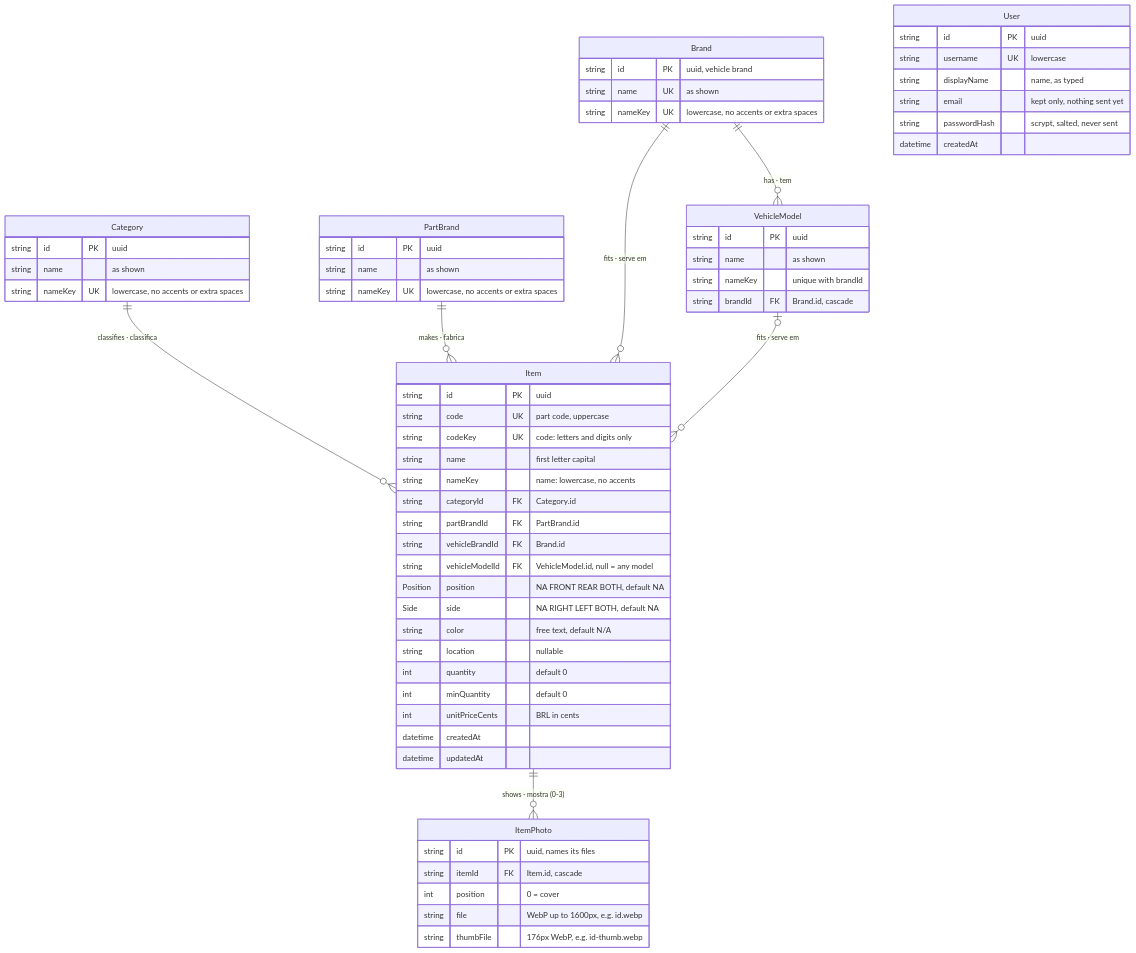
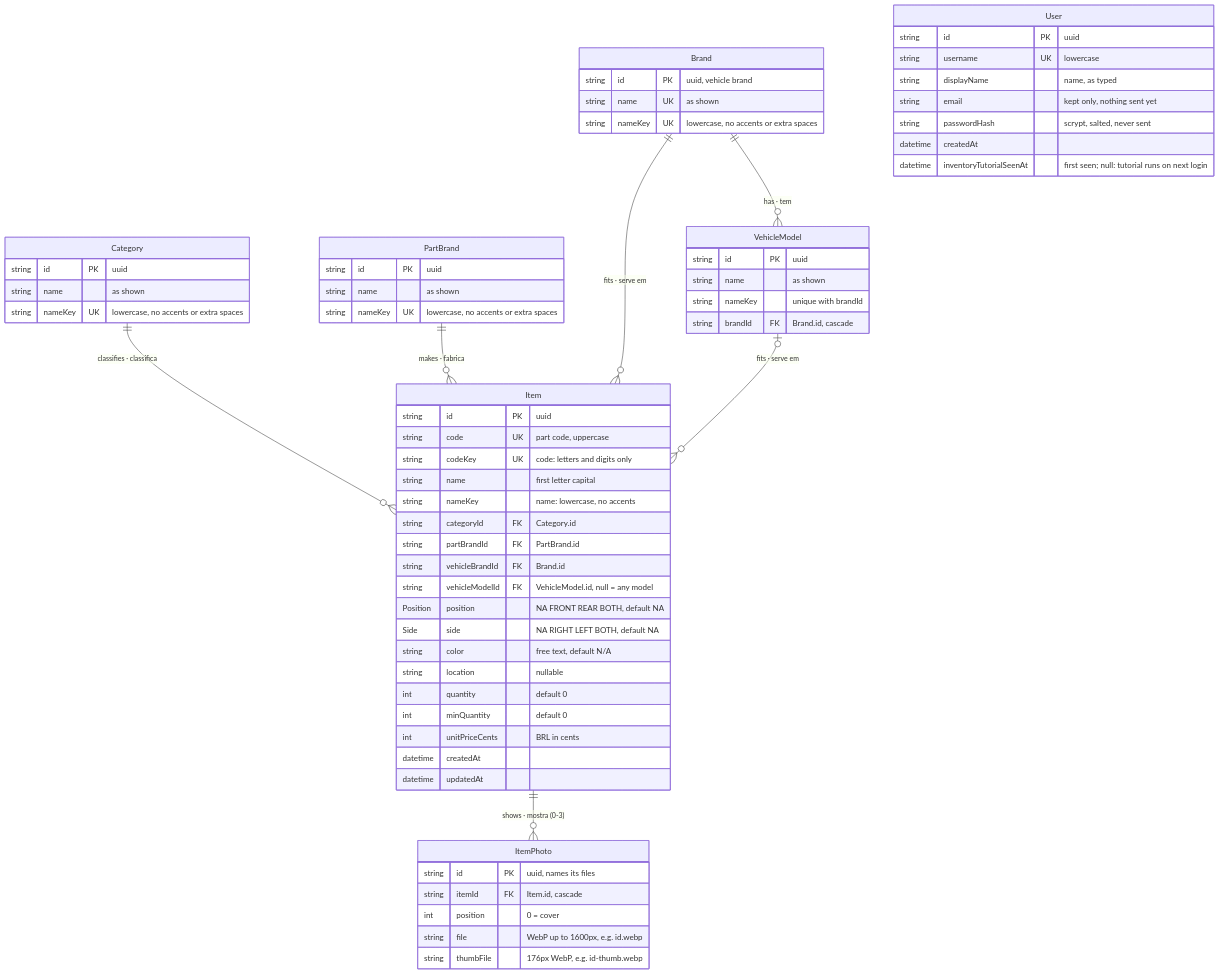
The diagram in docs/database.md (ChrisCamilo/apc-universal-repair), drawn with Mermaid before and after one commit. The commit also changed other lines of this file and 1 other file, not shown here.

Commit message:
docs: Describe the Inventory tutorial kept on the user

````diff
--- a/docs/database.md
+++ b/docs/database.md
@@ -11,66 +11,67 @@
 ```mermaid
 erDiagram
     Category ||--o{ Item : "classifies · classifica"
     PartBrand ||--o{ Item : "makes · fabrica"
     Brand ||--o{ Item : "fits · serve em"
     Brand ||--o{ VehicleModel : "has · tem"
     VehicleModel |o--o{ Item : "fits · serve em"
     Item ||--o{ ItemPhoto : "shows · mostra (0-3)"
 
     Item {
         string id PK "uuid"
         string code UK "part code, uppercase"
         string codeKey UK "code: letters and digits only"
         string name "first letter capital"
         string nameKey "name: lowercase, no accents"
         string categoryId FK "Category.id"
         string partBrandId FK "PartBrand.id"
         string vehicleBrandId FK "Brand.id"
         string vehicleModelId FK "VehicleModel.id, null = any model"
         Position position "NA FRONT REAR BOTH, default NA"
         Side side "NA RIGHT LEFT BOTH, default NA"
         string color "free text, default N/A"
         string location "nullable"
         int quantity "default 0"
         int minQuantity "default 0"
         int unitPriceCents "BRL in cents"
         datetime createdAt
         datetime updatedAt
     }
     ItemPhoto {
         string id PK "uuid, names its files"
         string itemId FK "Item.id, cascade"
         int position "0 = cover"
         string file "WebP up to 1600px, e.g. id.webp"
         string thumbFile "176px WebP, e.g. id-thumb.webp"
     }
     Category {
         string id PK "uuid"
         string name "as shown"
         string nameKey UK "lowercase, no accents or extra spaces"
     }
     PartBrand {
         string id PK "uuid"
         string name "as shown"
         string nameKey UK "lowercase, no accents or extra spaces"
     }
     Brand {
         string id PK "uuid, vehicle brand"
         string name UK "as shown"
         string nameKey UK "lowercase, no accents or extra spaces"
     }
     VehicleModel {
         string id PK "uuid"
         string name "as shown"
         string nameKey "unique with brandId"
         string brandId FK "Brand.id, cascade"
     }
     User {
         string id PK "uuid"
         string username UK "lowercase"
         string displayName "name, as typed"
         string email "kept only, nothing sent yet"
         string passwordHash "scrypt, salted, never sent"
         datetime createdAt
+        datetime inventoryTutorialSeenAt "first seen; null: tutorial runs on next login"
     }
 ```
````
